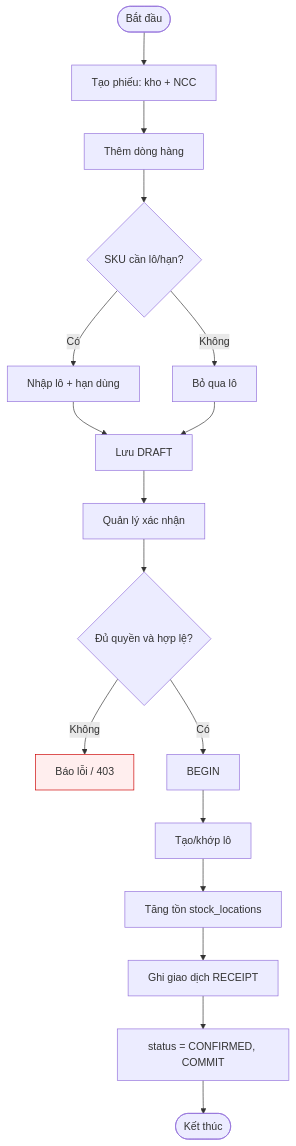
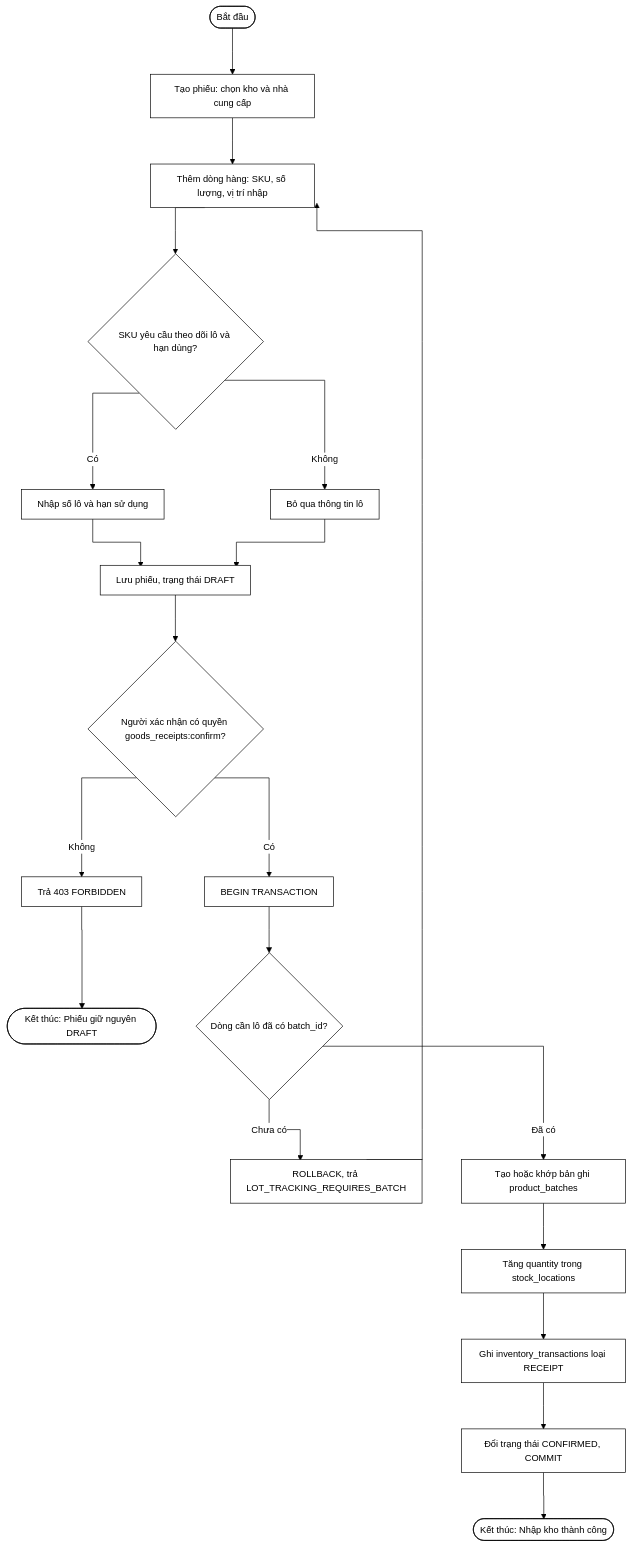
The diagram in docs/diagrams/25_3-3-1_chuc-nang-nhap-kho-goods-receipt_flow.mmd (nguyenthihongnhu-dotcom/luanvan2026), drawn with Mermaid before and after one commit. The commit also changed 170 other files, not shown here.

```diff
--- a/docs/diagrams/25_3-3-1_chuc-nang-nhap-kho-goods-receipt_flow.mmd
+++ b/docs/diagrams/25_3-3-1_chuc-nang-nhap-kho-goods-receipt_flow.mmd
@@ -1,18 +1,43 @@
+%%{init: {
+  'theme': 'base',
+  'themeVariables': {
+    'primaryColor': '#ffffff',
+    'primaryBorderColor': '#000000',
+    'primaryTextColor': '#000000',
+    'secondaryColor': '#ffffff',
+    'secondaryBorderColor': '#000000',
+    'secondaryTextColor': '#000000',
+    'tertiaryColor': '#ffffff',
+    'tertiaryBorderColor': '#000000',
+    'tertiaryTextColor': '#000000',
+    'lineColor': '#000000',
+    'textColor': '#000000',
+    'mainBkg': '#ffffff',
+    'nodeBorder': '#000000',
+    'clusterBkg': '#ffffff',
+    'clusterBorder': '#000000',
+    'edgeLabelBackground': '#ffffff',
+    'fontSize': '14px'
+  },
+  'flowchart': { 'curve': 'stepAfter', 'nodeSpacing': 60, 'rankSpacing': 70, 'padding': 12, 'useMaxWidth': false }
+}}%%
 flowchart TD
-    A([Bắt đầu]) --> B[Tạo phiếu: kho + NCC]
-    B --> C[Thêm dòng hàng]
-    C --> D{SKU cần lô/hạn?}
-    D -- Có --> E[Nhập lô + hạn dùng]
-    D -- Không --> F[Bỏ qua lô]
-    E --> G[Lưu DRAFT]
+    Start(["Bắt đầu"]) --> B["Tạo phiếu: chọn kho và nhà cung cấp"]
+    B --> C["Thêm dòng hàng: SKU, số lượng, vị trí nhập"]
+    C --> Dq{"SKU yêu cầu theo dõi lô và hạn dùng?"}
+    Dq -->|Có| E["Nhập số lô và hạn sử dụng"]
+    Dq -->|Không| F["Bỏ qua thông tin lô"]
+    E --> G["Lưu phiếu, trạng thái DRAFT"]
     F --> G
-    G --> H[Quản lý xác nhận]
-    H --> I{Đủ quyền và hợp lệ?}
-    I -- Không --> J[Báo lỗi / 403]:::err
-    I -- Có --> K[BEGIN]
-    K --> L[Tạo/khớp lô]
-    L --> M[Tăng tồn stock_locations]
-    M --> N[Ghi giao dịch RECEIPT]
-    N --> O[status = CONFIRMED, COMMIT]
-    O --> P([Kết thúc])
-    classDef err fill:#fee,stroke:#c00;
+    G --> H{"Người xác nhận có quyền goods_receipts:confirm?"}
+    H -->|Không| H1["Trả 403 FORBIDDEN"]
+    H1 --> End1(["Kết thúc: Phiếu giữ nguyên DRAFT"])
+    H -->|Có| I["BEGIN TRANSACTION"]
+    I --> J{"Dòng cần lô đã có batch_id?"}
+    J -->|Chưa có| J1["ROLLBACK, trả LOT_TRACKING_REQUIRES_BATCH"]
+    J1 --> C
+    J -->|Đã có| K["Tạo hoặc khớp bản ghi product_batches"]
+    K --> L["Tăng quantity trong stock_locations"]
+    L --> Mn["Ghi inventory_transactions loại RECEIPT"]
+    Mn --> N["Đổi trạng thái CONFIRMED, COMMIT"]
+    N --> End2(["Kết thúc: Nhập kho thành công"])
```
